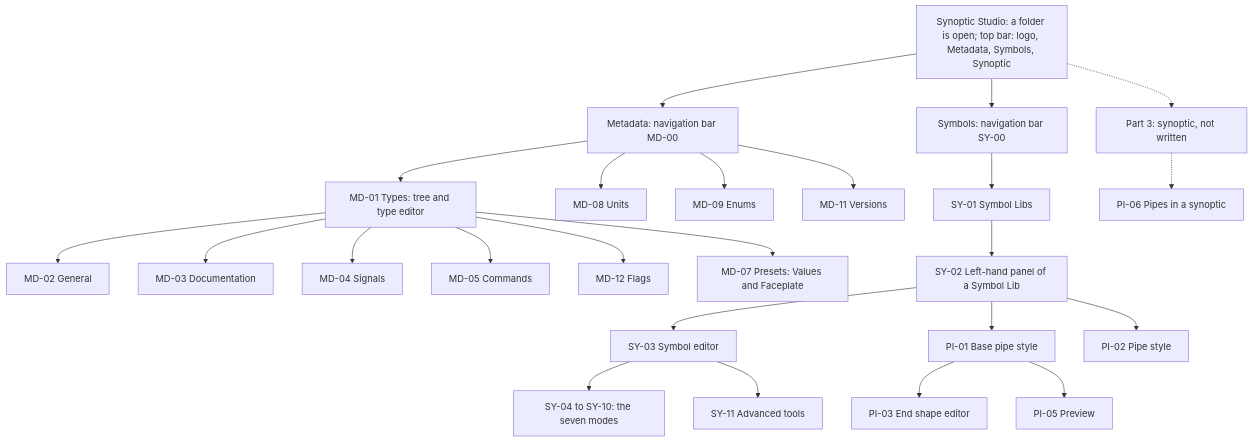
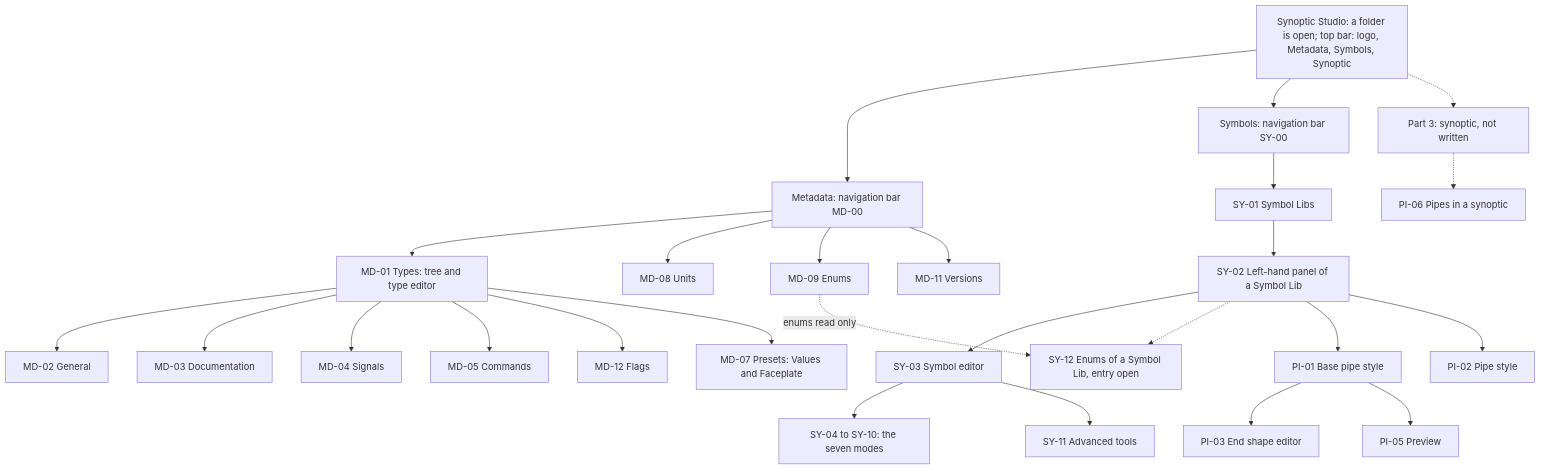
Before and after one commit to AlexandreGallais/synoptic-studio-spec: the sixth of 6 diagrams in screens/README.md, drawn with Mermaid. The commit also changed other lines of this file and 10 other files, not shown here.

First line of the commit message:
docs(enums): add templates and enum columns per symbol lib

````diff
--- a/screens/README.md
+++ b/screens/README.md
@@ -196,28 +196,30 @@
 ```mermaid
 flowchart TD
     APP["Synoptic Studio: a folder is open; top bar: logo, Metadata, Symbols, Synoptic"] --> MD["Metadata: navigation bar MD-00"]
     APP --> SY["Symbols: navigation bar SY-00"]
     APP -.-> P3["Part 3: synoptic, not written"]
 
     MD --> MD01["MD-01 Types: tree and type editor"]
     MD01 --> MD02["MD-02 General"]
     MD01 --> MD03["MD-03 Documentation"]
     MD01 --> MD04["MD-04 Signals"]
     MD01 --> MD05["MD-05 Commands"]
     MD01 --> MD12["MD-12 Flags"]
     MD01 --> MD07["MD-07 Presets: Values and Faceplate"]
     MD --> MD08["MD-08 Units"]
     MD --> MD09["MD-09 Enums"]
     MD --> MD11["MD-11 Versions"]
 
     SY --> SY01["SY-01 Symbol Libs"]
     SY01 --> SY02["SY-02 Left-hand panel of a Symbol Lib"]
     SY02 --> SY03["SY-03 Symbol editor"]
     SY03 --> SY04["SY-04 to SY-10: the seven modes"]
     SY03 --> SY11["SY-11 Advanced tools"]
+    SY02 -.-> SY12["SY-12 Enums of a Symbol Lib, entry open"]
+    MD09 -.->|"enums read only"| SY12
     SY02 --> PI01["PI-01 Base pipe style"]
     SY02 --> PI02["PI-02 Pipe style"]
     PI01 --> PI03["PI-03 End shape editor"]
     PI01 --> PI05["PI-05 Preview"]
     P3 -.-> PI06["PI-06 Pipes in a synoptic"]
 ```
````
